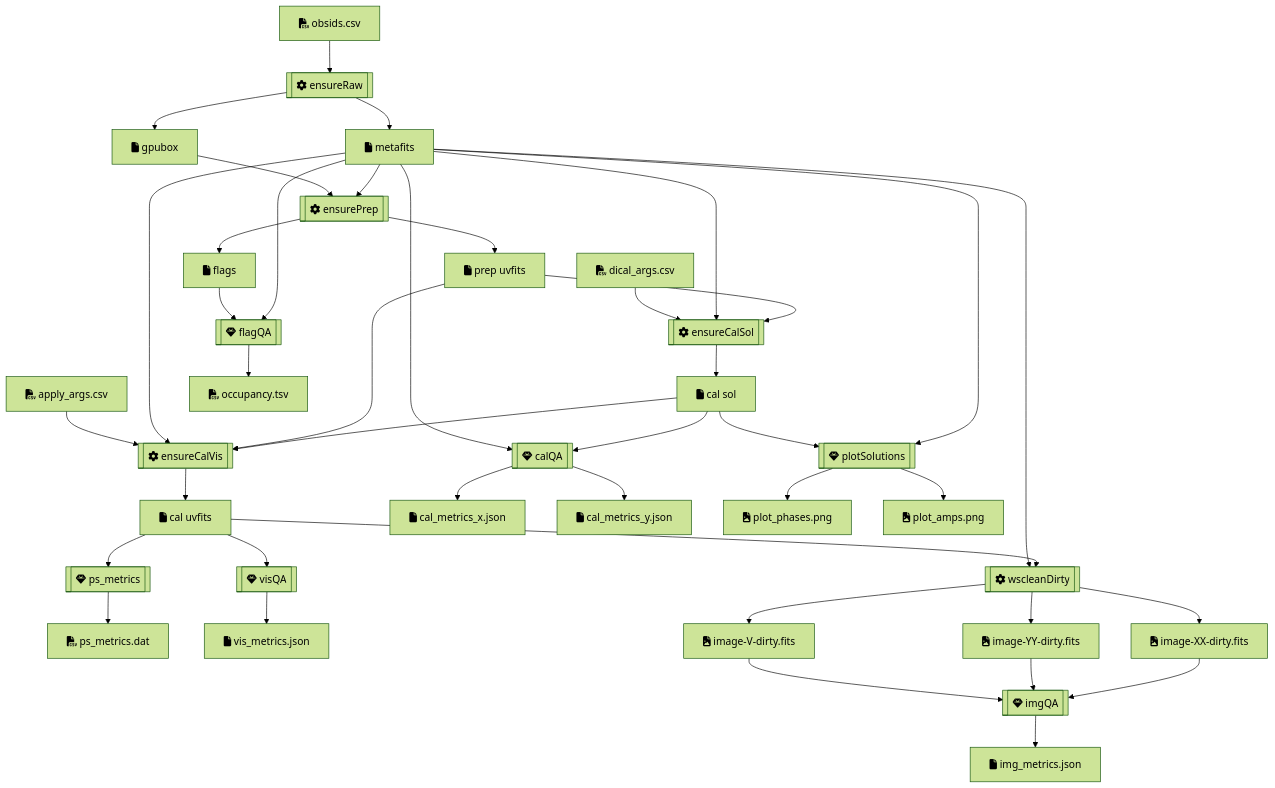
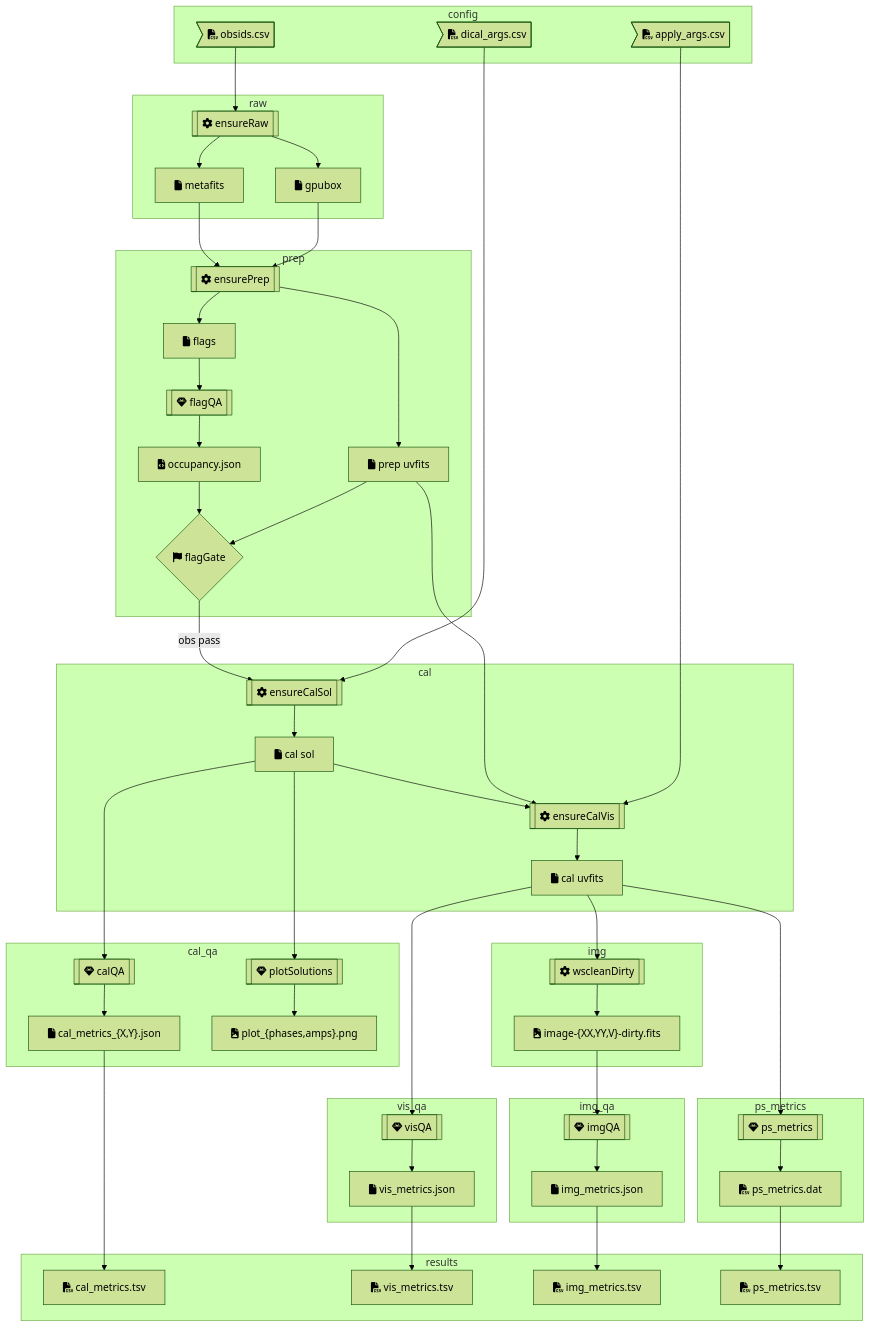
Before and after one commit to MWATelescope/MWAEoR-Pipeline: the diagram in README.md, drawn with Mermaid (forest theme). The commit also changed other lines of this file, not shown here.

Commit message:
update docco

````diff
--- a/README.md
+++ b/README.md
@@ -5,107 +5,175 @@
 ```mermaid
 graph TD;
-    obsids[fa:fa-file-csv obsids.csv]
-    dical_args[fa:fa-file-csv dical_args.csv]
-    apply_args[fa:fa-file-csv apply_args.csv]
-    metafits[fa:fa-file metafits ];
-    gpufits[fa:fa-file gpubox ];
-    prepUVFits[fa:fa-file prep uvfits ];
-    flags[fa:fa-file flags ];
-    %% prepLog[fa:fa-file prep log ];
-    calSol[fa:fa-file cal sol ];
-    calUVFits[fa:fa-file cal uvfits ];
+  %% classDef partial fill:#770
+  %% classDef result fill:#070
+  %% classDef main fill:#070
 
-    occupancy[fa:fa-file-csv occupancy.tsv];
-    psMetricsDat[fa:fa-file-csv ps_metrics.dat];
-    visMetrics[fa:fa-file vis_metrics.json];
-    imgMetrics[fa:fa-file img_metrics.json];
-    calMetricsX[fa:fa-file cal_metrics_x.json];
-    calMetricsY[fa:fa-file cal_metrics_y.json];
-    imgDirtyXX[fa:fa-file-image image-XX-dirty.fits];
-    imgDirtyYY[fa:fa-file-image image-YY-dirty.fits];
-    imgDirtyV[fa:fa-file-image image-V-dirty.fits];
-    plotPhases[fa:fa-file-image plot_phases.png];
-    plotAmps[fa:fa-file-image plot_amps.png];
-
-    ensureRaw[[fa:fa-cog ensureRaw ]];
-    ensurePrep[[fa:fa-cog ensurePrep ]];
-    ensureCalSol[[fa:fa-cog ensureCalSol ]];
-    ensureCalVis[[fa:fa-cog ensureCalVis ]];
-    wscleanDirty[[fa:fa-cog wscleanDirty ]];
-
-    flagQA[[fa:fa-gem flagQA ]];
-    visQA[[fa:fa-gem visQA ]];
-    imgQA[[fa:fa-gem imgQA ]];
-    calQA[[fa:fa-gem calQA ]];
-    psMetrics[[fa:fa-gem ps_metrics ]];
-    plotSolutions[[fa:fa-gem plotSolutions ]];
-
-    %% subgraph main
-      %% ensureRaw
-      obsids --> ensureRaw;
-      ensureRaw --> metafits;
-      ensureRaw --> gpufits;
-
-      %% ensurePrep
-      metafits --> ensurePrep;
-      gpufits --> ensurePrep;
-      ensurePrep --> prepUVFits;
-      ensurePrep --> flags;
-      %% ensurePrep --> prepLog;
-
-      %% ensureCalSol
-      prepUVFits --> ensureCalSol;
-      metafits --> ensureCalSol;
-      dical_args --> ensureCalSol;
-      ensureCalSol --> calSol;
-
-      %% ensureCalVis
-      calSol --> ensureCalVis;
-      prepUVFits --> ensureCalVis;
-      metafits --> ensureCalVis;
-      apply_args --> ensureCalVis;
-      ensureCalVis --> calUVFits;
-    %% end
-
-    %% subgraph qa
-      %% flagQA
-      metafits --> flagQA;
-      flags --> flagQA;
-      flagQA --> occupancy;
-
-      %% visQA
-      calUVFits --> visQA;
-      visQA --> visMetrics;
-
-      %% calQA
-      calSol --> calQA;
-      metafits --> calQA;
-      calQA --> calMetricsX;
-      calQA --> calMetricsY;
-
-      %% plotSolutions
-      metafits --> plotSolutions;
-      calSol --> plotSolutions;
-      plotSolutions --> plotAmps;
-      plotSolutions --> plotPhases;
-
-      %% psMetrics
-      calUVFits --> psMetrics;
-      psMetrics --> psMetricsDat;
-
-      %% wscleanDirty
-      calUVFits --> wscleanDirty;
-      metafits --> wscleanDirty;
-      wscleanDirty --> imgDirtyXX;
-      wscleanDirty --> imgDirtyYY;
-      wscleanDirty --> imgDirtyV;
-
-      imgDirtyXX --> imgQA;
-      imgDirtyYY --> imgQA;
-      imgDirtyV --> imgQA;
-      imgQA --> imgMetrics;
-
-    %% end
+  subgraph config
+    obsids>fa:fa-file-csv obsids.csv ]
+    dicalArgs>fa:fa-file-csv dical_args.csv ]
+    applyArgs>fa:fa-file-csv apply_args.csv ]
+    %% nfConfig> nextflow.config ]
+  end
 
 
+  %% subgraph storage
+    subgraph raw
+      metafits[fa:fa-file metafits ]
+      gpufits[fa:fa-file gpubox ]
+      %% metafitsJson[fa:fa-file-code metafits.json ]
+      %% class metafitsJson partial
+
+      %% ensureRaw
+      ensureRaw[[fa:fa-cog ensureRaw ]]
+      obsids --> ensureRaw
+      ensureRaw --> metafits
+      ensureRaw --> gpufits
+
+      %% metafitsStats[[fa:fa-cog metafitsStats ]]
+      %% metafits --> metafitsStats
+      %% metafitsStats --> metafitsJson
+    end
+
+    subgraph prep
+      prepUVFits[fa:fa-file prep uvfits ]
+      flags[fa:fa-file flags ]
+      %% prepLog[fa:fa-file prep log ]
+      occupancyJson[fa:fa-file-code occupancy.json ]
+      class occupancyJson partial
+      %% prepStatsJson[fa:fa-file-code prep_stats.json ]
+      %% class prepStatsJson partial
+
+      ensurePrep[[fa:fa-cog ensurePrep ]]
+      metafits --> ensurePrep
+      gpufits --> ensurePrep
+      ensurePrep --> prepUVFits
+      ensurePrep --> flags
+      %% ensurePrep --> prepLog
+
+      flagQA[[fa:fa-gem flagQA ]]
+      %% metafits --> flagQA;
+      flags --> flagQA;
+      flagQA --> occupancyJson;
+
+      flagGate{fa:fa-flag flagGate }
+      %% nfConfig --"occupancy_threshold"--> flagGate;
+      occupancyJson --> flagGate;
+      prepUVFits --> flagGate;
+    end
+
+
+    subgraph cal
+      calSol[fa:fa-file cal sol ]
+      calUVFits[fa:fa-file cal uvfits ]
+
+      ensureCalSol[[fa:fa-cog ensureCalSol ]]
+      flagGate --"obs pass"--> ensureCalSol
+      %% prepUVFits --> ensureCalSol
+      %% metafits --> ensureCalSol
+      dicalArgs --> ensureCalSol
+      ensureCalSol --> calSol
+
+      ensureCalVis[[fa:fa-cog ensureCalVis ]]
+      calSol --> ensureCalVis
+      prepUVFits --> ensureCalVis
+      %% metafits --> ensureCalVis
+      applyArgs --> ensureCalVis
+      ensureCalVis --> calUVFits
+    end
+
+    subgraph img
+      imgDirty["fa:fa-file-image image-{XX,YY,V}-dirty.fits "]
+      %% imgDirtyYY[fa:fa-file-image image-YY-dirty.fits ]
+      %% imgDirtyV[fa:fa-file-image image-V-dirty.fits ]
+      %% wscleanDirty
+      calUVFits --> wscleanDirty
+      %% metafits --> wscleanDirty
+      wscleanDirty --> imgDirty
+      %% wscleanDirty --> imgDirtyYY
+      %% wscleanDirty --> imgDirtyV
+    end
+
+    subgraph cal_qa
+      calQA[[fa:fa-gem calQA ]]
+      calMetricsJson["fa:fa-file cal_metrics_{X,Y}.json "]
+      class calMetricsJson partial
+      %% calMetricsXJson[fa:fa-file cal_metrics_x.json ]
+      %% calMetricsYJson[fa:fa-file cal_metrics_y.json ]
+      calSol ----> calQA
+      %% metafits --> calQA
+      calQA --> calMetricsJson
+      %% calQA --> calMetricsYJson
+
+      plotSol["fa:fa-file-image plot_{phases,amps}.png "]
+      %% plotPhases[fa:fa-file-image plot_phases.png ]
+      %% plotAmps[fa:fa-file-image plot_amps.png ]
+      %% metafits --> plotSolutions
+      calSol ----> plotSolutions
+      plotSolutions --> plotSol
+      %% plotSolutions --> plotAmps
+      %% plotSolutions --> plotPhases
+    end
+
+    subgraph vis_qa
+      visQA[[fa:fa-gem visQA ]]
+      visMetricsJson[fa:fa-file vis_metrics.json ]
+      class visMetricsJson partial
+      calUVFits --> visQA
+      visQA --> visMetricsJson
+    end
+
+    subgraph ps_metrics
+      psMetrics[[fa:fa-gem ps_metrics ]]
+      calUVFits --> psMetrics
+      psMetrics --> psMetricsDat
+      psMetricsDat[fa:fa-file-csv ps_metrics.dat ]
+      class psMetricsDat partial
+    end
+
+
+    subgraph img_qa
+      imgMetricsJson[fa:fa-file img_metrics.json ]
+      class imgMetricsJson partial
+      imgDirty --> imgQA
+      %% imgDirtyYY --> imgQA
+      %% imgDirtyV --> imgQA
+      imgQA --> imgMetricsJson
+    end
+  %% end
+
+  subgraph results
+    %% metafitsStatsTsv[fa:fa-file-csv metafits_stats.tsv ]
+    %% class metafitsStatsTsv result
+    %% metafitsJson --> metafitsStatsTsv
+
+    %% prepStatsTsv[fa:fa-file-csv prep_stats.tsv ]
+    %% class prepStatsTsv result
+    %% prepLog --> prepStatsTsv
+    %% prepStatsJson --> prepStatsTsv
+
+    %% occupancyTsv[fa:fa-file-csv occupancy.tsv ]
+    %% class occupancyTsv result
+    %% occupancyJson --> occupancyTsv
+
+    calMetricsTsv[fa:fa-file-csv cal_metrics.tsv ]
+    class calMetricsTsv result
+    calMetricsJson --> calMetricsTsv
+
+    visMetricsTsv[fa:fa-file-csv vis_metrics.tsv ]
+    class visMetricsTsv result
+    visMetricsJson --> visMetricsTsv
+
+    imgMetricsTsv[fa:fa-file-csv img_metrics.tsv ]
+    class imgMetricsTsv result
+    psMetricsDat --> psMetricsTsv
+
+    psMetricsTsv[fa:fa-file-csv ps_metrics.tsv ]
+    class psMetricsTsv result
+    imgMetricsJson --> imgMetricsTsv
+  end
+
+  wscleanDirty[[fa:fa-cog wscleanDirty ]]
+
+  imgQA[[fa:fa-gem imgQA ]]
+  plotSolutions[[fa:fa-gem plotSolutions ]]
 ```
````
